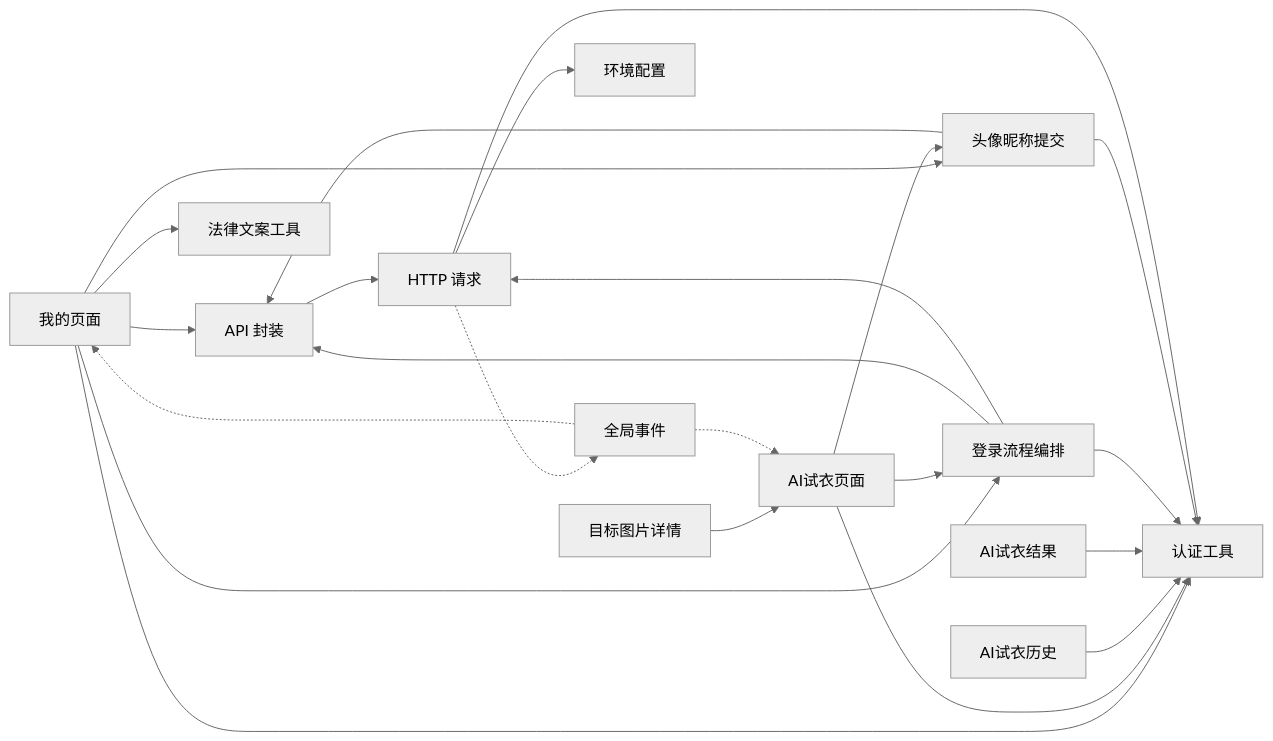
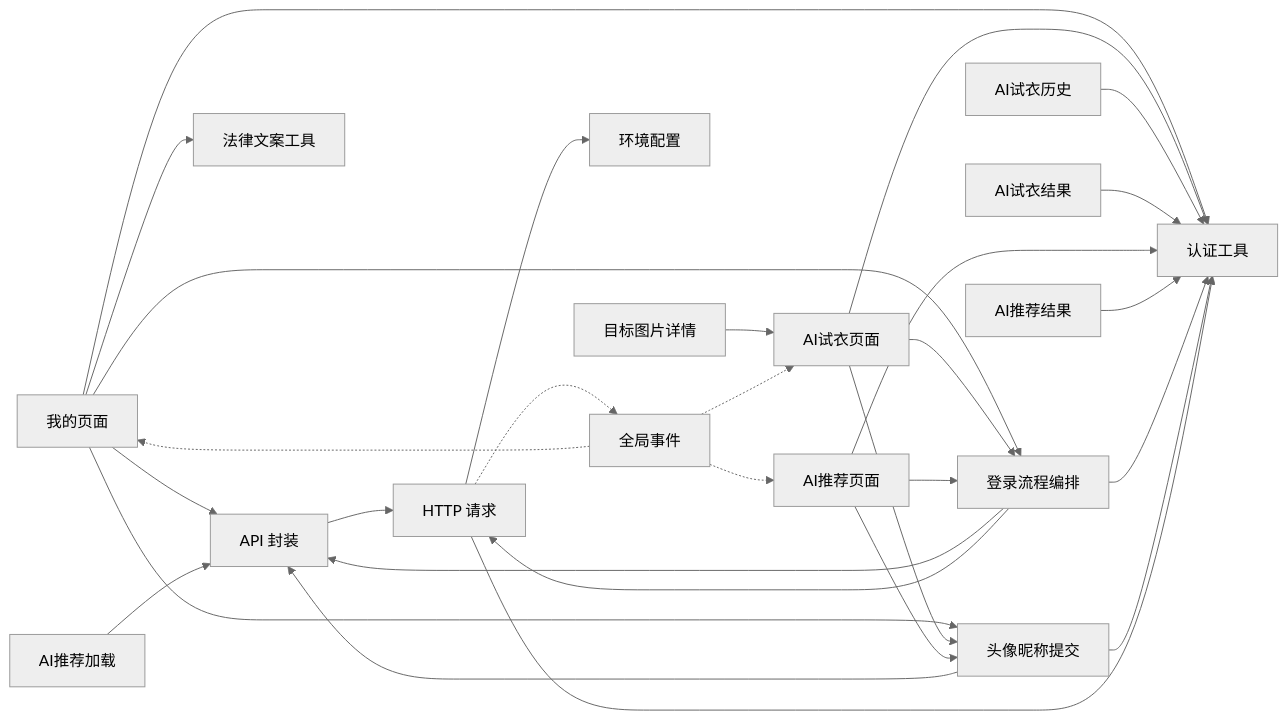
Before and after one commit to crazyma99/blueberry: diagram 14 of 14 in .qoder/repowiki/zh/content/核心功能模块/用户认证系统.md, drawn with Mermaid (neutral theme). The commit also changed other lines of this file and 6 other files, not shown here.

````diff
--- a/.qoder/repowiki/zh/content/核心功能模块/用户认证系统.md
+++ b/.qoder/repowiki/zh/content/核心功能模块/用户认证系统.md
@@ -668,25 +810,31 @@
 ```mermaid
 graph LR
 Mine["我的页面"] --> Auth["认证工具"]
 Mine --> Api["API 封装"]
 Mine --> LoginFlow["登录流程编排"]
 Mine --> ProfileSubmit["头像昵称提交"]
 Mine --> Legal["法律文案工具"]
 AiTryOn["AI试衣页面"] --> LoginFlow
 AiTryOn --> ProfileSubmit
 AiTryOn --> Auth
 TargetPhoto["目标图片详情"] --> AiTryOn
 AiTryOnHistory["AI试衣历史"] --> Auth
 AiTryOnResult["AI试衣结果"] --> Auth
+AiRecommend["AI推荐页面"] --> LoginFlow
+AiRecommend --> ProfileSubmit
+AiRecommend --> Auth
+AiRecommendLoading["AI推荐加载"] --> Api
+AiRecommendResult["AI推荐结果"] --> Auth
 LoginFlow --> Api
 LoginFlow --> Auth
 LoginFlow --> Http["HTTP 请求"]
 ProfileSubmit --> Api
 ProfileSubmit --> Auth
 Api --> Http
 Http --> Auth
 Http --> Config["环境配置"]
 Http -.-> Event["全局事件"]
 Event -.-> Mine
 Event -.-> AiTryOn
+Event -.-> AiRecommend
 ```
````
